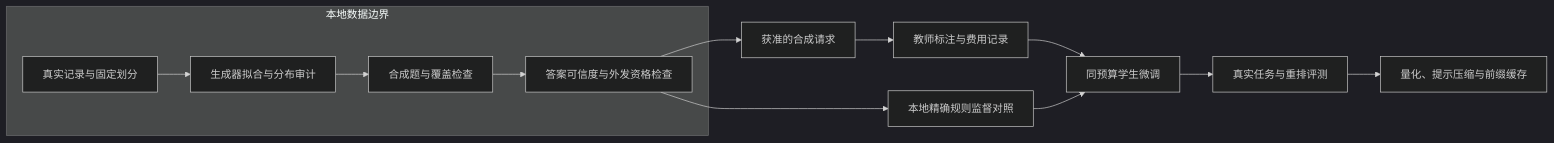
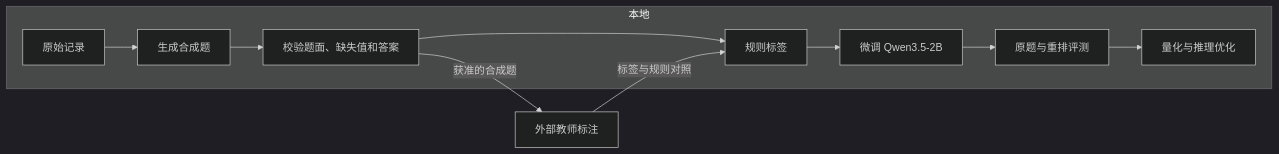
Before and after one commit to KiryuKZM/privacy-synthetic-distillation: the diagram in README.md, drawn with Mermaid (dark theme). The commit also changed other lines of this file and 2 other files, not shown here.

````diff
--- a/README.md
+++ b/README.md
@@ -17,15 +9,13 @@
 ```mermaid
 flowchart LR
-  subgraph Local[本地数据边界]
-    A[真实记录与固定划分] --> B[生成器拟合与分布审计]
-    B --> C[合成题与覆盖检查]
-    C --> D[答案可信度与外发资格检查]
-  end
-  D --> E[获准的合成请求]
-  E --> F[教师标注与费用记录]
-  D --> G[本地精确规则监督对照]
-  F --> H[同预算学生微调]
-  G --> H
-  H --> I[真实任务与重排评测]
-  I --> J[量化、提示压缩与前缀缓存]
+    subgraph Local[本地]
+        R[原始记录] --> G[生成合成题]
+        G --> V[校验题面、缺失值和答案]
+        V --> L[规则标签]
+        L --> S[微调 Qwen3.5-2B]
+        S --> E[原题与重排评测]
+        E --> Q[量化与推理优化]
+    end
+    V -->|获准的合成题| T[外部教师标注]
+    T -->|标签与规则对照| L
 ```
````
